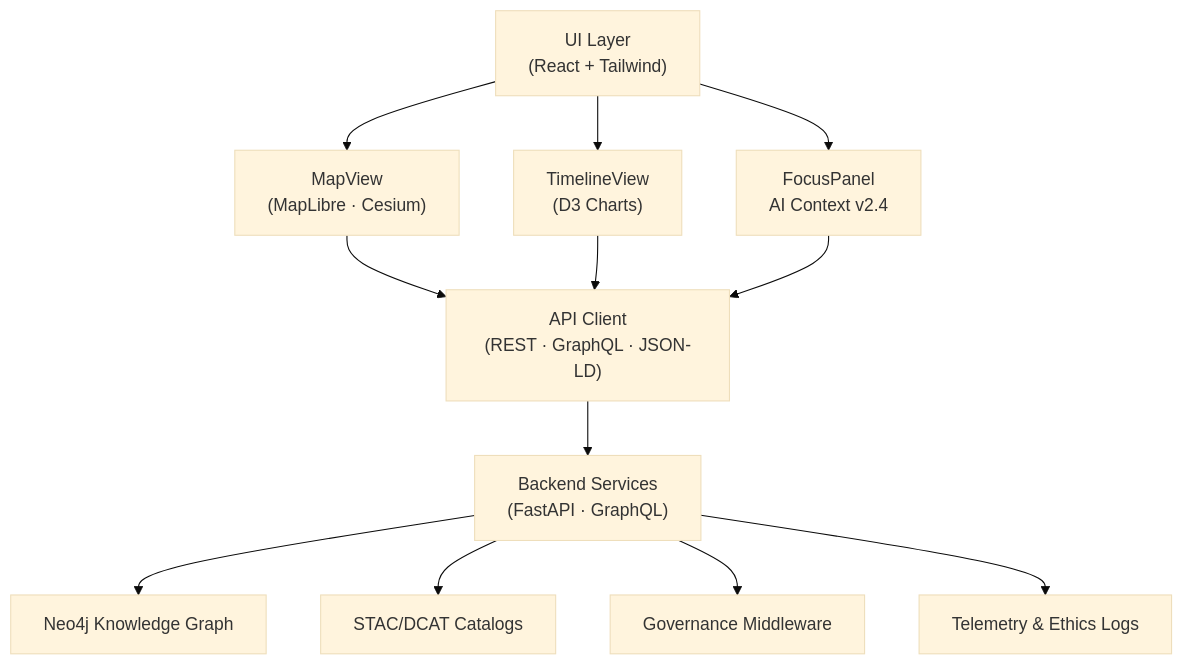
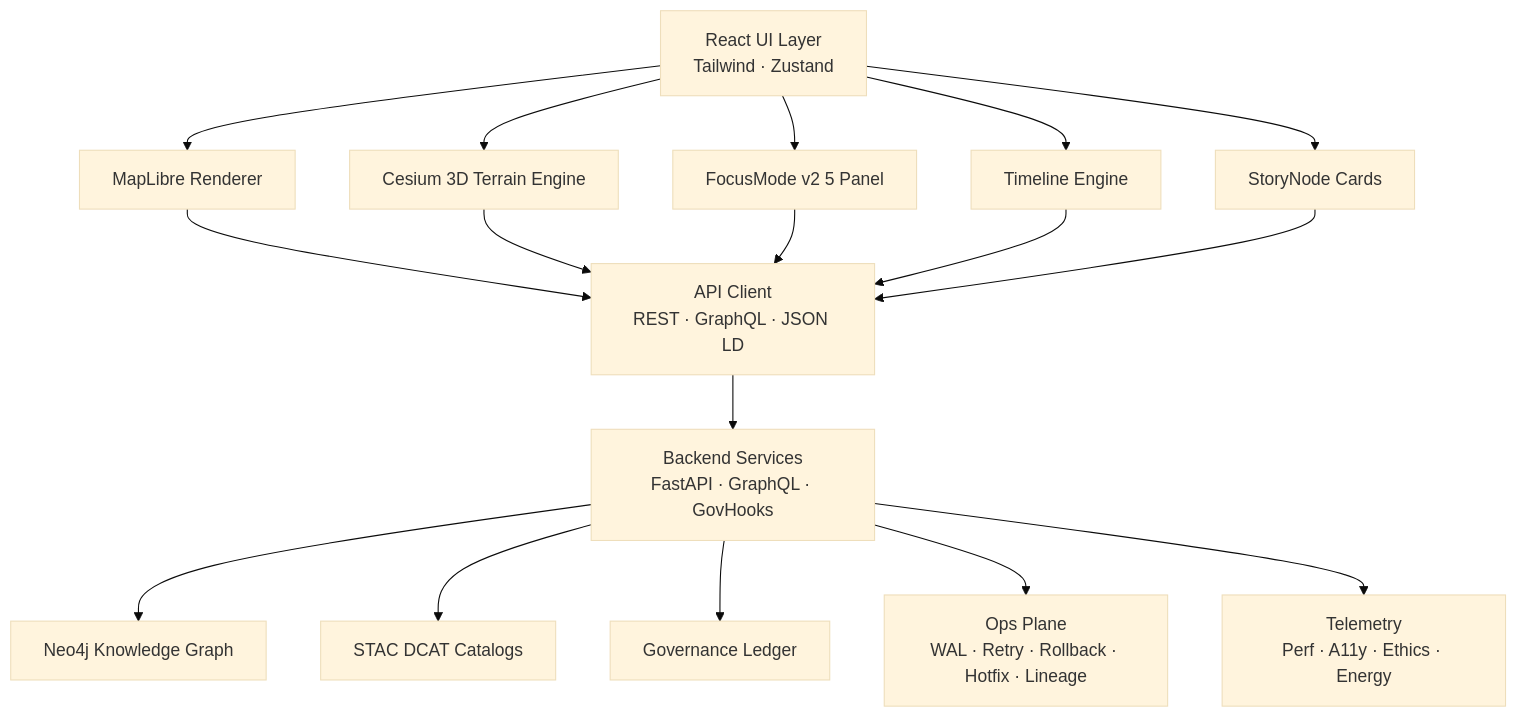
The first of 10 diagrams in web/ARCHITECTURE.md (bartytime4life/Kansas-Frontier-Matrix), drawn with Mermaid (base theme) before and after one commit. The commit also changed other lines of this file, not shown here.

First line of the commit message:
Update ARCHITECTURE.md to version 10.3.2

````diff
--- a/web/ARCHITECTURE.md
+++ b/web/ARCHITECTURE.md
@@ -89,27 +56,21 @@
-~~~~~mermaid
+```mermaid
 flowchart TD
-  UI["UI Layer<br/>(React + Tailwind)"]
-  MAP["MapView<br/>(MapLibre · Cesium)"]
-  TIME["TimelineView<br/>(D3 Charts)"]
-  FOCUS["FocusPanel<br/>AI Context v2.4"]
-  API["API Client<br/>(REST · GraphQL · JSON-LD)"]
-  SVC["Backend Services<br/>(FastAPI · GraphQL)"]
-  KG["Neo4j Knowledge Graph"]
-  CAT["STAC/DCAT Catalogs"]
-  GOV["Governance Middleware"]
-  TEL["Telemetry & Ethics Logs"]
+    UI[React UI Layer<br/>Tailwind · Zustand] --> MAP[MapLibre Renderer]
+    UI --> THREE[Cesium 3D Terrain Engine]
+    UI --> FOCUS[FocusMode v2 5 Panel]
+    UI --> STORY[StoryNode Cards]
+    UI --> TL[Timeline Engine]
 
-  UI --> MAP
-  UI --> TIME
-  UI --> FOCUS
+    MAP --> API[API Client<br/>REST · GraphQL · JSON LD]
+    THREE --> API
+    FOCUS --> API
+    TL --> API
+    STORY --> API
 
-  MAP --> API
-  TIME --> API
-  FOCUS --> API
-
-  API --> SVC
-  SVC --> KG
-  SVC --> CAT
-  SVC --> GOV
-  SVC --> TEL
-~~~~~
+    API --> SVC[Backend Services<br/>FastAPI · GraphQL · GovHooks]
+    SVC --> KG[Neo4j Knowledge Graph]
+    SVC --> STAC[STAC DCAT Catalogs]
+    SVC --> GOV[Governance Ledger]
+    SVC --> OPS[Ops Plane<br/>WAL · Retry · Rollback · Hotfix · Lineage]
+    SVC --> TEL[Telemetry<br/>Perf · A11y · Ethics · Energy]
+```
````
